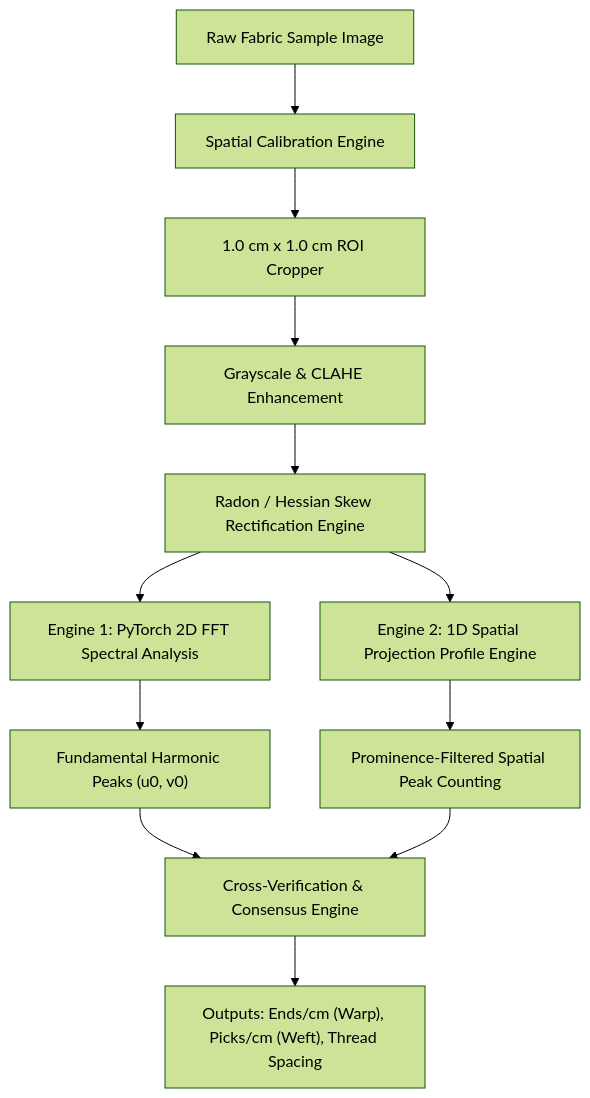
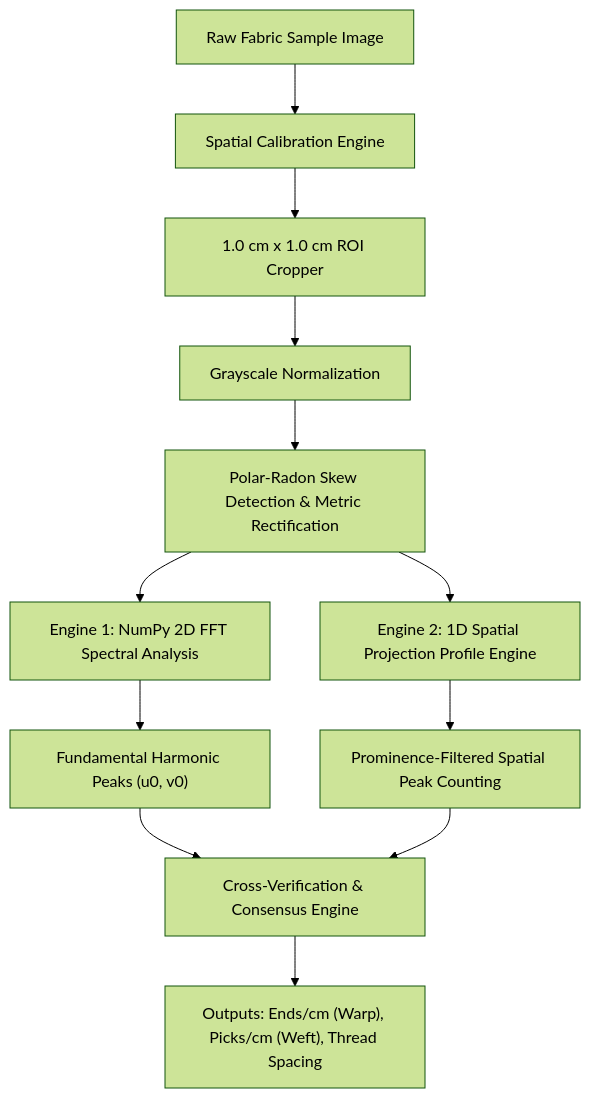
Before and after one commit to Assem-ElQersh/Warp-Weft: the diagram in README.md, drawn with Mermaid (forest theme). The commit also changed other lines of this file, not shown here.

Commit message:
Align README with current NumPy engine and truthful mode semantics

````diff
--- a/README.md
+++ b/README.md
@@ -98,17 +98,17 @@
 ```mermaid
 flowchart TD
     A["Raw Fabric Sample Image"] --> B["Spatial Calibration Engine"]
     B --> C["1.0 cm x 1.0 cm ROI Cropper"]
-    C --> D["Grayscale & CLAHE Enhancement"]
-    D --> E["Radon / Hessian Skew Rectification Engine"]
+    C --> D["Grayscale Normalization"]
+    D --> E["Polar-Radon Skew Detection & Metric Rectification"]
     
-    E --> F1["Engine 1: PyTorch 2D FFT Spectral Analysis"]
+    E --> F1["Engine 1: NumPy 2D FFT Spectral Analysis"]
     E --> F2["Engine 2: 1D Spatial Projection Profile Engine"]
     
     F1 --> G1["Fundamental Harmonic Peaks (u0, v0)"]
     F2 --> G2["Prominence-Filtered Spatial Peak Counting"]
     
     G1 --> H["Cross-Verification & Consensus Engine"]
     G2 --> H
     H --> I["Outputs: Ends/cm (Warp), Picks/cm (Weft), Thread Spacing"]
 ```
````
